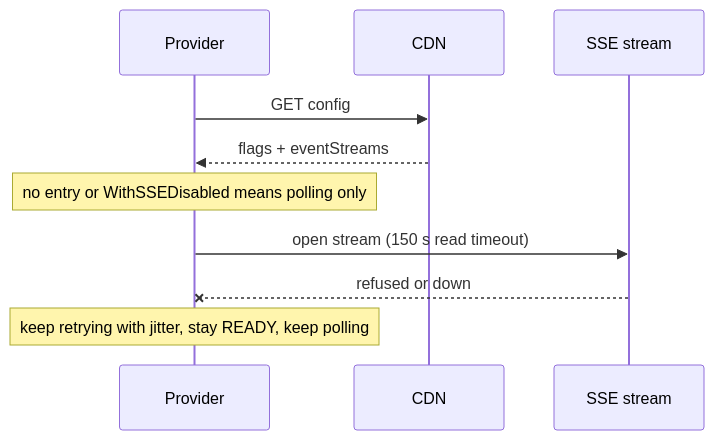
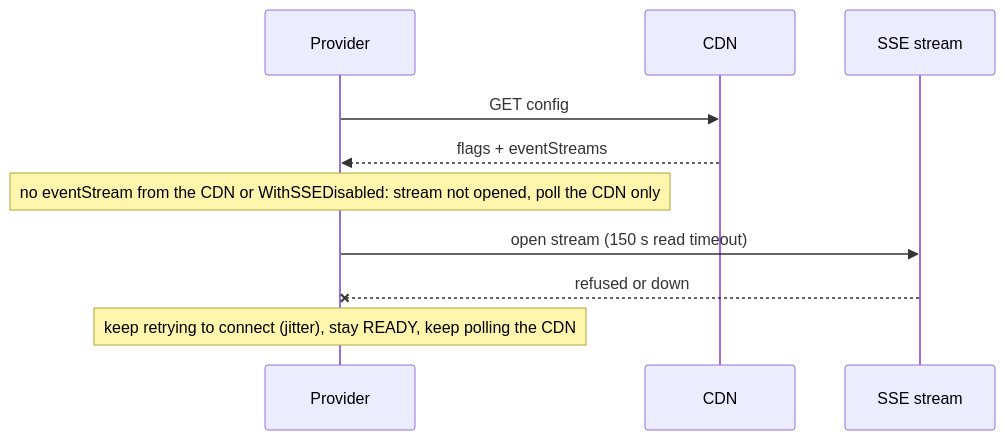
Before and after one commit to Dynatrace/openfeature-provider-go: the second of 6 diagrams in docs/sse-pr-diagrams.md, drawn with Mermaid. The commit also changed other lines of this file and 2 other files, not shown here.

Commit message:
docs: sync the SSE diagrams with the PR descriptions

````diff
--- a/docs/sse-pr-diagrams.md
+++ b/docs/sse-pr-diagrams.md
@@ -17,12 +18,12 @@
 ```mermaid
 sequenceDiagram
   participant P as Provider
   participant C as CDN
   participant S as SSE stream
   P->>C: GET config
   C-->>P: flags + eventStreams
-  Note over P: no entry or WithSSEDisabled means polling only
+  Note over P: no eventStream from the CDN or WithSSEDisabled: stream not opened, poll the CDN only
   P->>S: open stream (150 s read timeout)
   S--xP: refused or down
-  Note over P: keep retrying with jitter, stay READY, keep polling
+  Note over P: keep retrying to connect (jitter), stay READY, keep polling the CDN
 ```
````
